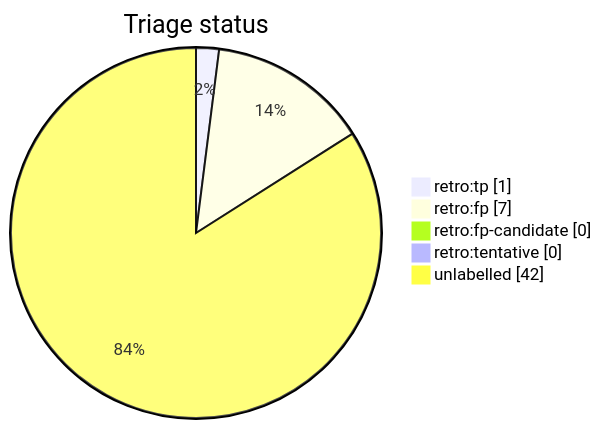
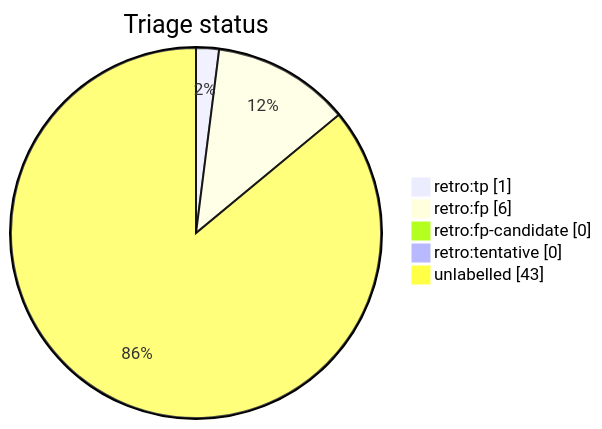
Before and after one commit to tvna/claude-md: the diagram in docs/generated/scripts/auto-retro-triage-report.md, drawn with Mermaid. The commit also changed other lines of this file, not shown here.

First line of the commit message:
chore(auto-retro): refresh triage report

````diff
--- a/docs/generated/scripts/auto-retro-triage-report.md
+++ b/docs/generated/scripts/auto-retro-triage-report.md
@@ -15,9 +15,9 @@
 ```mermaid
 pie showData
     title Triage status
     "retro:tp" : 1
-    "retro:fp" : 7
+    "retro:fp" : 6
     "retro:fp-candidate" : 0
     "retro:tentative" : 0
-    "unlabelled" : 42
+    "unlabelled" : 43
 ```
````
